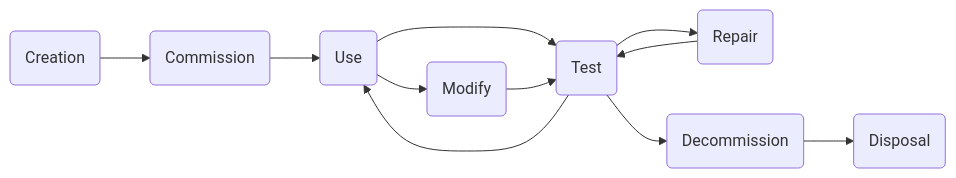
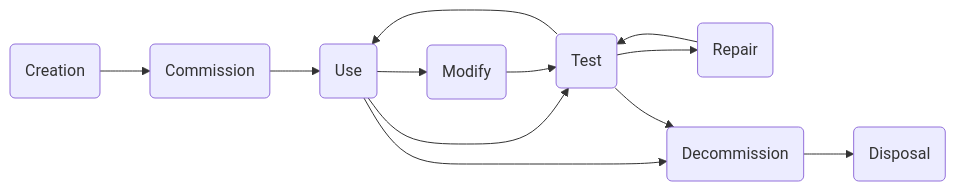
The diagram in asset-tracking.md (srobo/kitbook), drawn with Mermaid before and after one commit. The commit also changed other lines of this file, not shown here.

```diff
--- a/asset-tracking.md
+++ b/asset-tracking.md
@@ -23,22 +23,23 @@
 {% mermaid %}
 graph LR
   create(Creation)
   commission(Commission)
   use(Use)
   test(Test)
   repair(Repair)
   modify(Modify)
   decommission(Decommission)
   disposal(Disposal)
   
   create-->commission
   commission-->use
   use-->modify
   use-->test
+  use-->decommission
   modify-->test
   test-->repair
   test-->use
   repair-->test
   test-->decommission
   decommission-->disposal
 {% endmermaid %}
```
